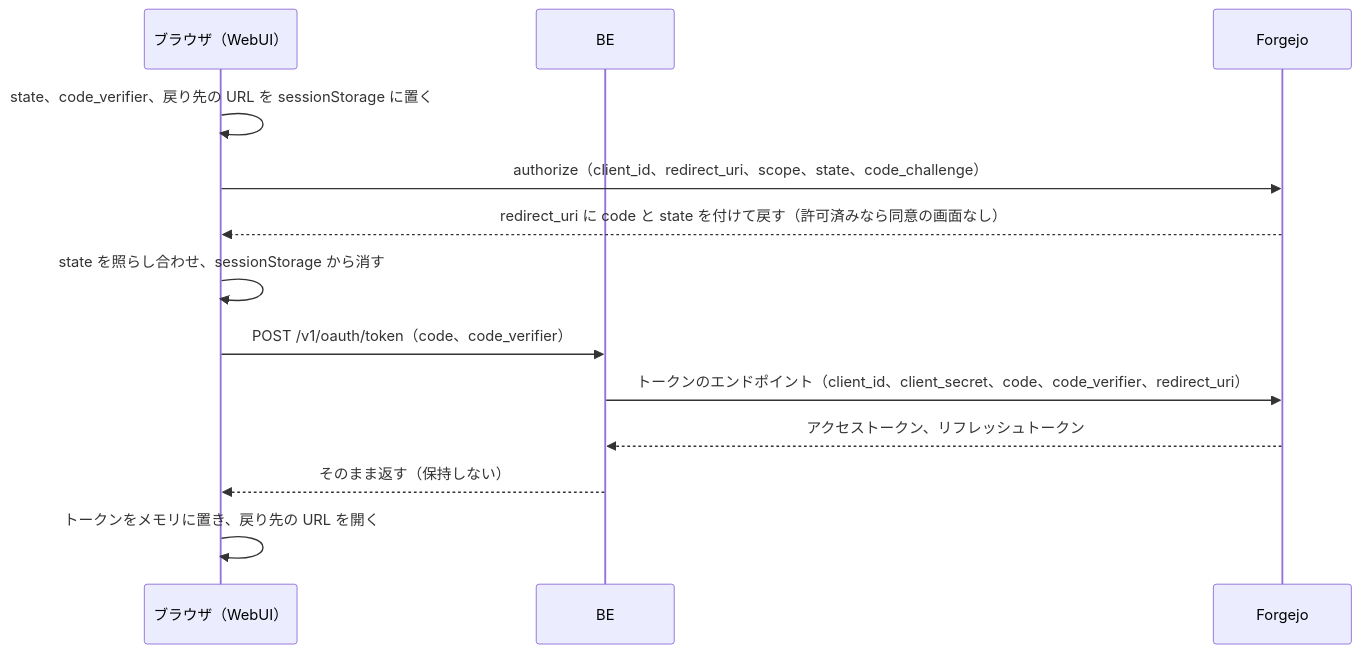
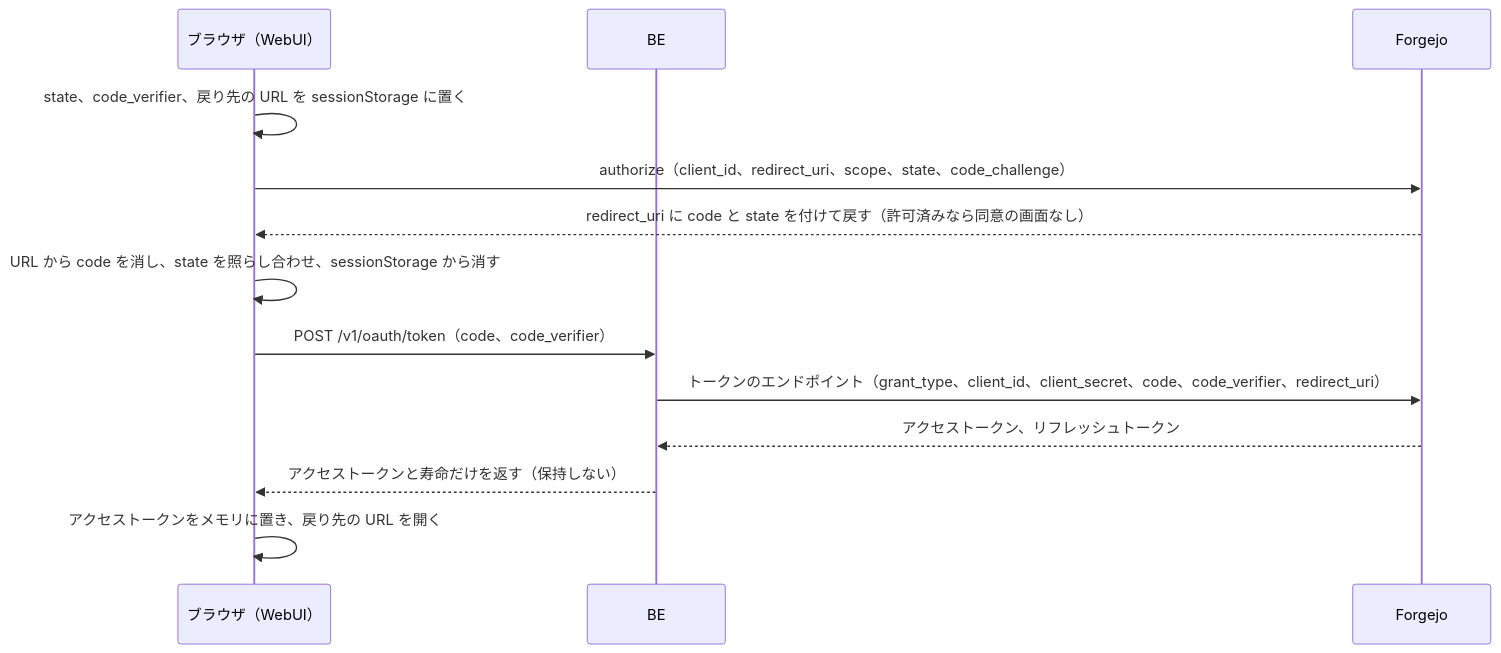
One commit to yamambainc/logiforge changed the diagram in design/webui/auth.md. Above: the diagram before and after it, drawn with Mermaid. The commit also changed other lines of this file and 9 other files, not shown here.

````diff
--- a/design/webui/auth.md
+++ b/design/webui/auth.md
@@ -26,15 +30,15 @@
 ```mermaid
 sequenceDiagram
   participant B as ブラウザ（WebUI）
   participant BE as BE
   participant F as Forgejo
   B->>B: state、code_verifier、戻り先の URL を sessionStorage に置く
   B->>F: authorize（client_id、redirect_uri、scope、state、code_challenge）
   F-->>B: redirect_uri に code と state を付けて戻す（許可済みなら同意の画面なし）
-  B->>B: state を照らし合わせ、sessionStorage から消す
+  B->>B: URL から code を消し、state を照らし合わせ、sessionStorage から消す
   B->>BE: POST /v1/oauth/token（code、code_verifier）
-  BE->>F: トークンのエンドポイント（client_id、client_secret、code、code_verifier、redirect_uri）
+  BE->>F: トークンのエンドポイント（grant_type、client_id、client_secret、code、code_verifier、redirect_uri）
   F-->>BE: アクセストークン、リフレッシュトークン
-  BE-->>B: そのまま返す（保持しない）
-  B->>B: トークンをメモリに置き、戻り先の URL を開く
+  BE-->>B: アクセストークンと寿命だけを返す（保持しない）
+  B->>B: アクセストークンをメモリに置き、戻り先の URL を開く
 ```
````
